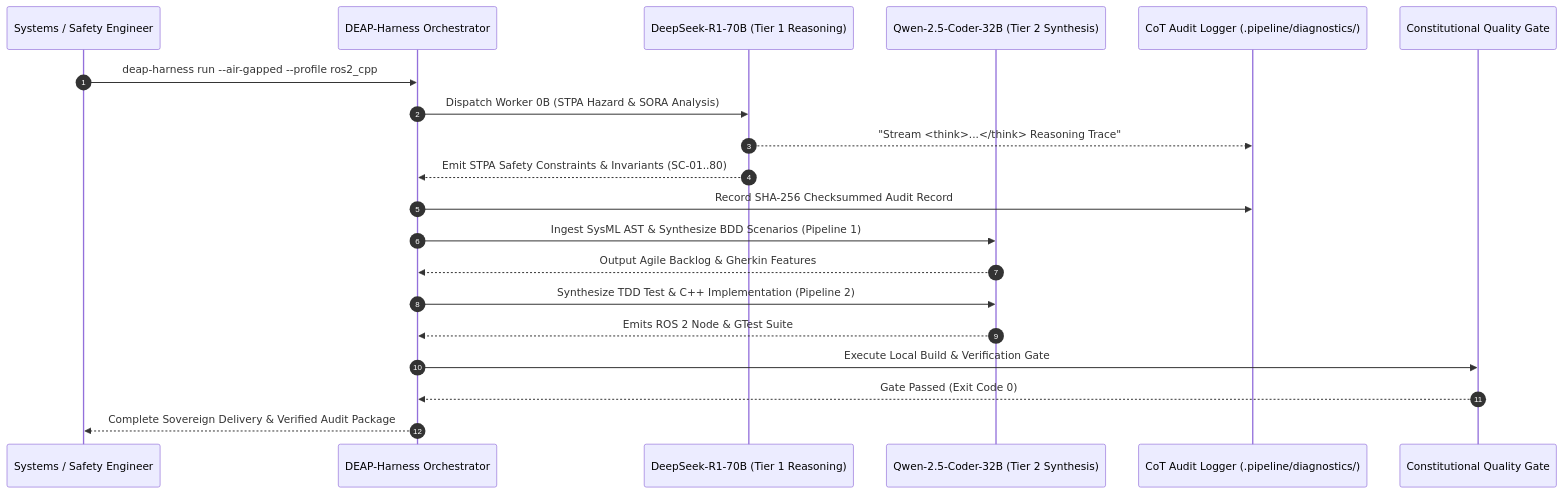
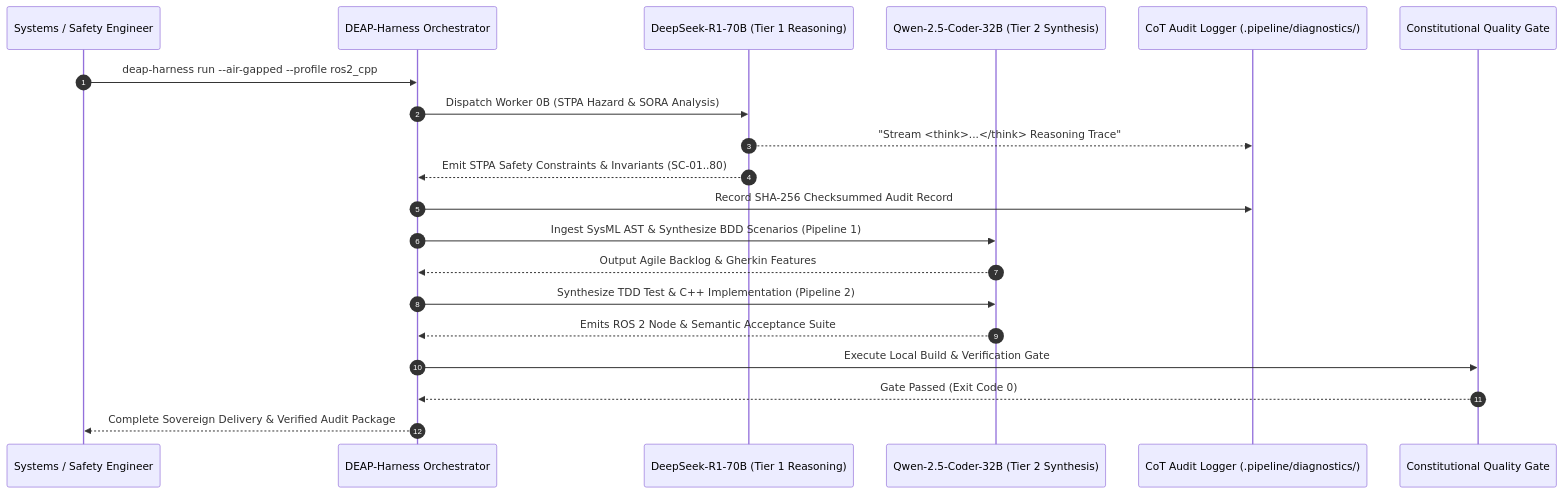
The fifth of 5 diagrams in docs/architecture/blueprints/DEAP_LOCAL_AIRGAPPED_DEEPSEEK_WORKSTATION_BLUEPRINT.md (gintatkinson/DEAP01-spec-core), drawn with Mermaid before and after one commit. The commit also changed other lines of this file and 34 other files, not shown here.

Commit message:
docs(architecture): decontaminate reference blueprints and establish master execution plan (refs #405, refs #406)

````diff
--- a/docs/architecture/blueprints/DEAP_LOCAL_AIRGAPPED_DEEPSEEK_WORKSTATION_BLUEPRINT.md
+++ b/docs/architecture/blueprints/DEAP_LOCAL_AIRGAPPED_DEEPSEEK_WORKSTATION_BLUEPRINT.md
@@ -491,23 +524,23 @@
 ```mermaid
 sequenceDiagram
     autonumber
     participant Op as Systems / Safety Engineer
     participant Harness as DEAP-Harness Orchestrator
     participant R1 as DeepSeek-R1-70B (Tier 1 Reasoning)
     participant Coder as Qwen-2.5-Coder-32B (Tier 2 Synthesis)
     participant Audit as CoT Audit Logger (.pipeline/diagnostics/)
     participant Gate as Constitutional Quality Gate
 
     Op->>Harness: deap-harness run --air-gapped --profile ros2_cpp
     Harness->>R1: Dispatch Worker 0B (STPA Hazard & SORA Analysis)
     R1-->>Audit: "Stream <think>...</think> Reasoning Trace"
     R1-->>Harness: Emit STPA Safety Constraints & Invariants (SC-01..80)
     Harness->>Audit: Record SHA-256 Checksummed Audit Record
     Harness->>Coder: Ingest SysML AST & Synthesize BDD Scenarios (Pipeline 1)
     Coder-->>Harness: Output Agile Backlog & Gherkin Features
     Harness->>Coder: Synthesize TDD Test & C++ Implementation (Pipeline 2)
-    Coder-->>Harness: Emits ROS 2 Node & GTest Suite
+    Coder-->>Harness: Emits ROS 2 Node & Semantic Acceptance Suite
     Harness->>Gate: Execute Local Build & Verification Gate
     Gate-->>Harness: Gate Passed (Exit Code 0)
     Harness-->>Op: Complete Sovereign Delivery & Verified Audit Package
 ```
````
